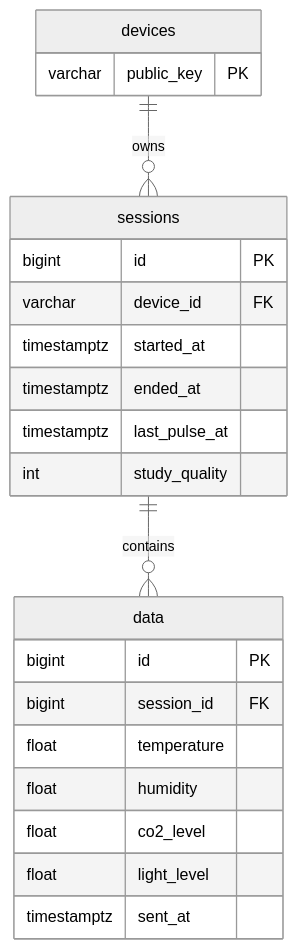
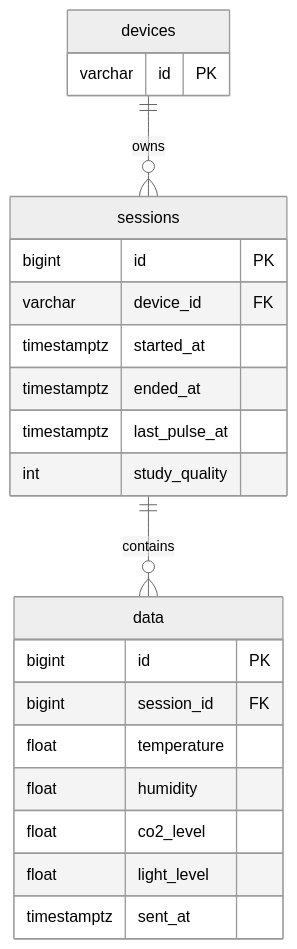
One commit to SEP4Real/SEP4 changed the fourth of 5 diagrams in Documentation/Architecture.md. Above: the diagram before and after it, drawn with Mermaid (neutral theme). The commit also changed 6 other files, not shown here.

````diff
--- a/Documentation/Architecture.md
+++ b/Documentation/Architecture.md
@@ -89,28 +89,28 @@
 ```mermaid
 erDiagram
     devices ||--o{ sessions : owns
     sessions ||--o{ data : contains
 
     devices {
-        varchar public_key PK
+        varchar id PK
     }
 
     sessions {
         bigint id PK
         varchar device_id FK
         timestamptz started_at
         timestamptz ended_at
         timestamptz last_pulse_at
         int study_quality
     }
 
     data {
         bigint id PK
         bigint session_id FK
         float temperature
         float humidity
         float co2_level
         float light_level
         timestamptz sent_at
     }
 ```
````
